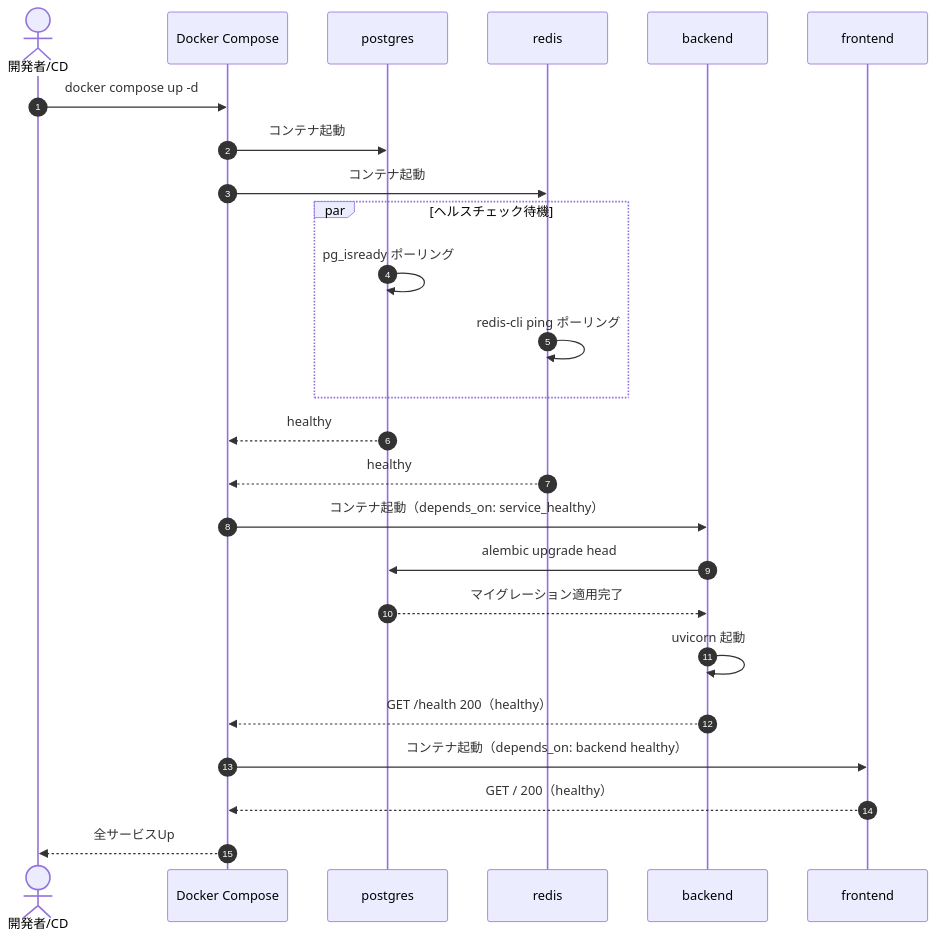
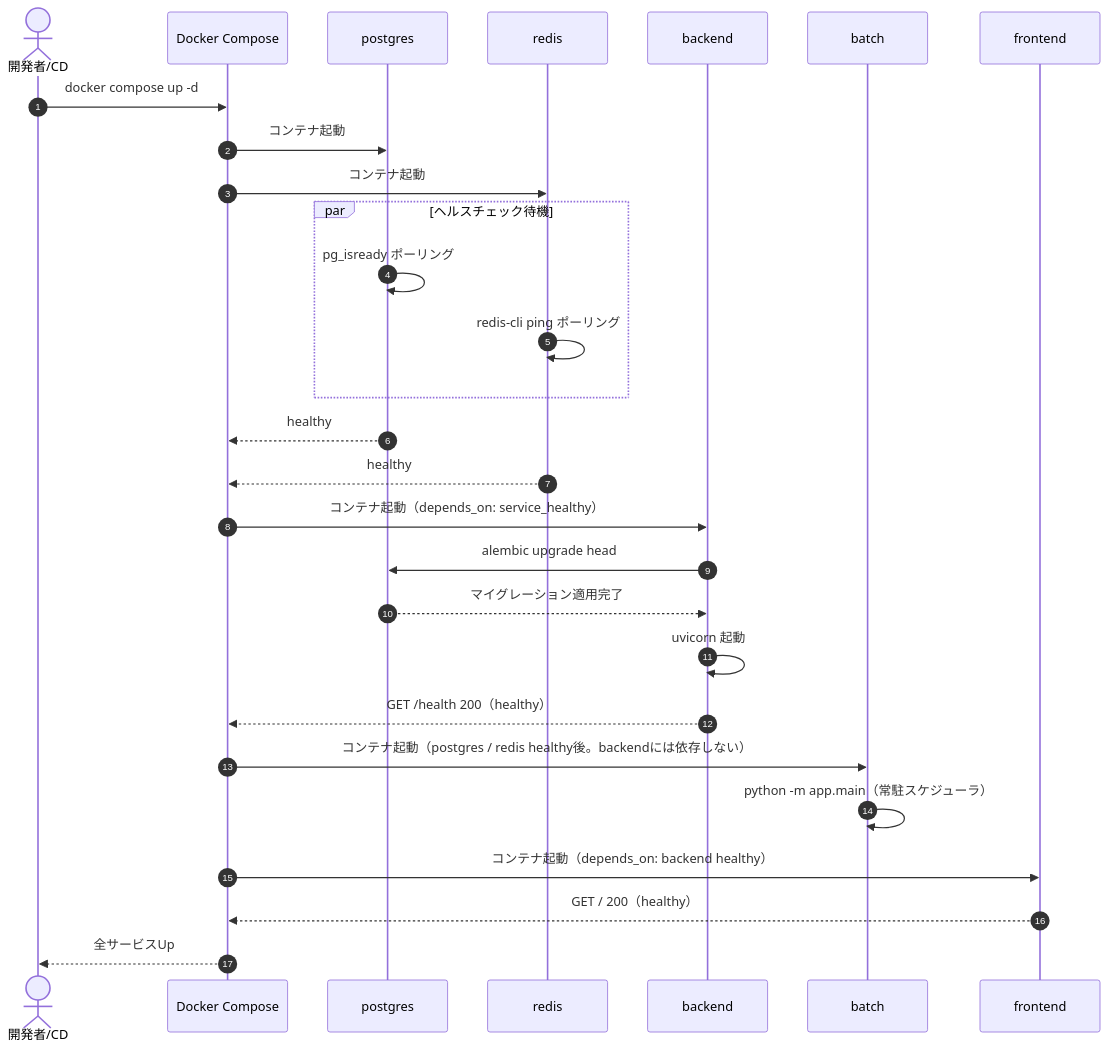
The first of 5 diagrams in detailed_design/infra/01_docker_compose.md (oikawa-d/task_management), drawn with Mermaid before and after one commit. The commit also changed other lines of this file and 31 other files, not shown here.

````diff
--- a/detailed_design/infra/01_docker_compose.md
+++ b/detailed_design/infra/01_docker_compose.md
@@ -62,28 +69,31 @@
 ```mermaid
 sequenceDiagram
     autonumber
     actor DEV as 開発者/CD
     participant DC as Docker Compose
     participant PG as postgres
     participant RD as redis
     participant BE as backend
+    participant BA as batch
     participant FE as frontend
 
     DEV->>DC: docker compose up -d
     DC->>PG: コンテナ起動
     DC->>RD: コンテナ起動
     par ヘルスチェック待機
         PG->>PG: pg_isready ポーリング
         RD->>RD: redis-cli ping ポーリング
     end
     PG-->>DC: healthy
     RD-->>DC: healthy
     DC->>BE: コンテナ起動（depends_on: service_healthy）
     BE->>PG: alembic upgrade head
     PG-->>BE: マイグレーション適用完了
     BE->>BE: uvicorn 起動
     BE-->>DC: GET /health 200（healthy）
+    DC->>BA: コンテナ起動（postgres / redis healthy後。backendには依存しない）
+    BA->>BA: python -m app.main（常駐スケジューラ）
     DC->>FE: コンテナ起動（depends_on: backend healthy）
     FE-->>DC: GET / 200（healthy）
     DC-->>DEV: 全サービスUp
 ```
````
